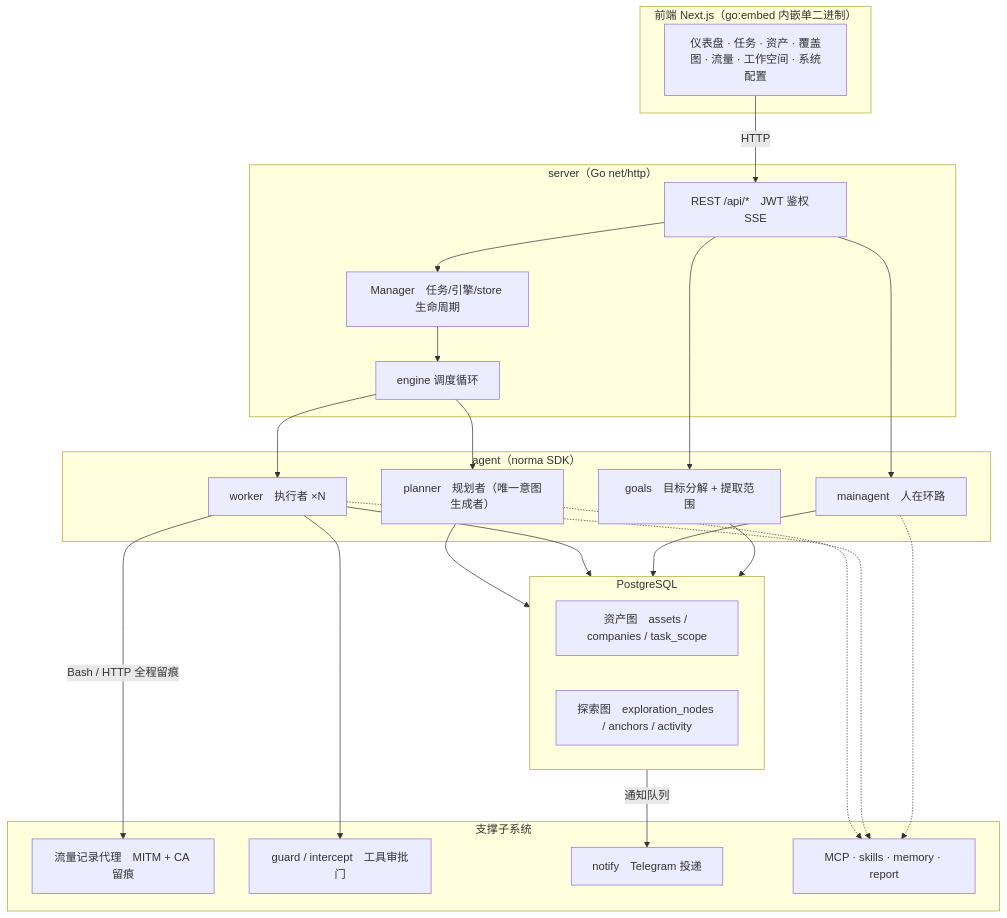
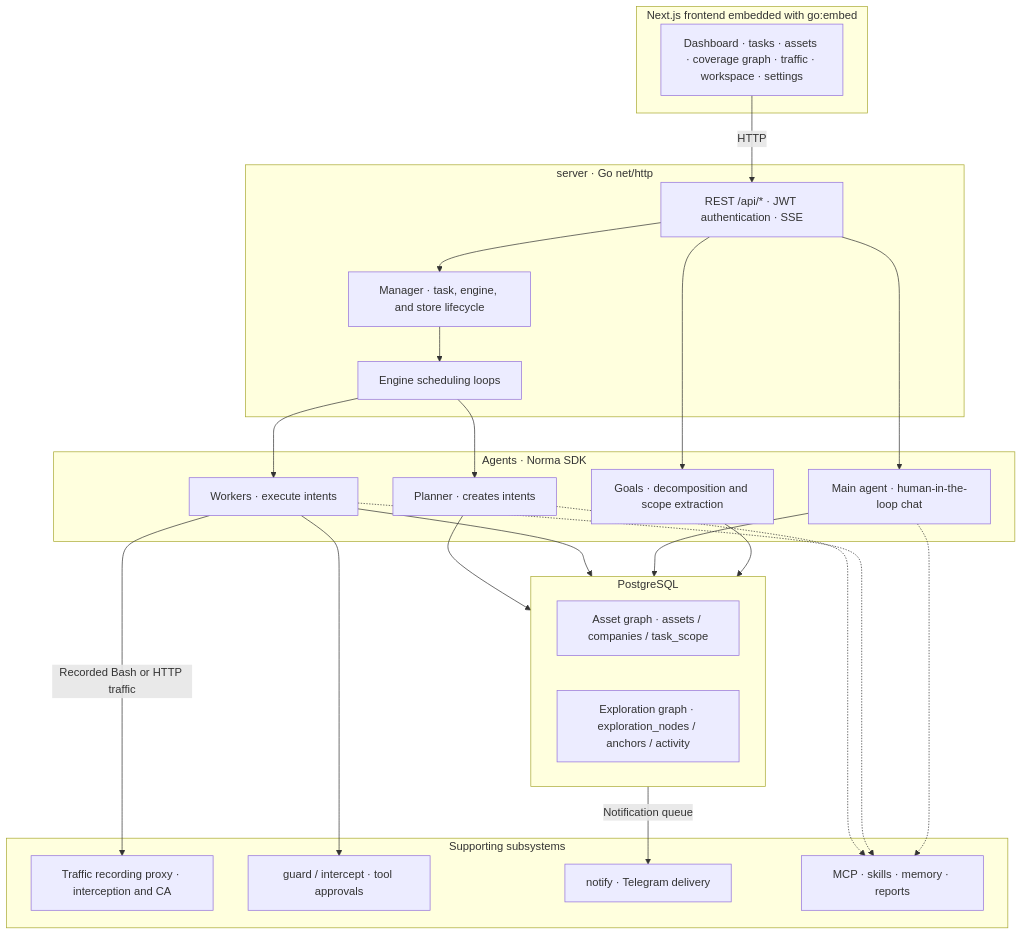
Before and after one commit to Clementine-Miles/ARUSTEX: the first of 5 diagrams in README.md, drawn with Mermaid. The commit also changed other lines of this file and 29 other files, not shown here.

````diff
--- a/README.md
+++ b/README.md
@@ -220,44 +180,44 @@
 ```mermaid
 flowchart TB
-  subgraph FE["前端 Next.js（go:embed 内嵌单二进制）"]
-    UI["仪表盘 · 任务 · 资产 · 覆盖图 · 流量 · 工作空间 · 系统配置"]
+  subgraph FE["Next.js frontend embedded with go:embed"]
+    UI["Dashboard · tasks · assets · coverage graph · traffic · workspace · settings"]
   end
-  subgraph SRV["server（Go net/http）"]
-    API["REST /api/*　JWT 鉴权　SSE"]
-    ENG["engine 调度循环"]
-    MGR["Manager　任务/引擎/store 生命周期"]
+  subgraph SRV["server · Go net/http"]
+    API["REST /api/* · JWT authentication · SSE"]
+    ENG["Engine scheduling loops"]
+    MGR["Manager · task, engine, and store lifecycle"]
   end
-  subgraph AG["agent（norma SDK）"]
-    GO["goals　目标分解 + 提取范围"]
-    PL["planner　规划者（唯一意图生成者）"]
-    WK["worker　执行者 ×N"]
-    MA["mainagent　人在环路"]
+  subgraph AG["Agents · Norma SDK"]
+    GO["Goals · decomposition and scope extraction"]
+    PL["Planner · creates intents"]
+    WK["Workers · execute intents"]
+    MA["Main agent · human-in-the-loop chat"]
   end
   subgraph DB["PostgreSQL"]
-    AGRAPH["资产图　assets / companies / task_scope"]
-    EGRAPH["探索图　exploration_nodes / anchors / activity"]
+    AGRAPH["Asset graph · assets / companies / task_scope"]
+    EGRAPH["Exploration graph · exploration_nodes / anchors / activity"]
   end
-  subgraph SUB["支撑子系统"]
-    PROXY["流量记录代理　MITM + CA 留痕"]
-    GUARD["guard / intercept　工具审批门"]
-    NOTIFY["notify　Telegram 投递"]
-    EXT["MCP · skills · memory · report"]
+  subgraph SUB["Supporting subsystems"]
+    PROXY["Traffic recording proxy · interception and CA"]
+    GUARD["guard / intercept · tool approvals"]
+    NOTIFY["notify · Telegram delivery"]
+    EXT["MCP · skills · memory · reports"]
   end
 
   UI -->|HTTP| API
   API --> MGR --> ENG
   ENG --> PL
   ENG --> WK
   API --> MA
   API --> GO
   PL --> DB
   WK --> DB
   MA --> DB
   GO --> DB
-  WK -->|"Bash / HTTP 全程留痕"| PROXY
+  WK -->|Recorded Bash or HTTP traffic| PROXY
   WK --> GUARD
-  DB -->|通知队列| NOTIFY
+  DB -->|Notification queue| NOTIFY
   PL -.-> EXT
   WK -.-> EXT
   MA -.-> EXT
 ```
````
